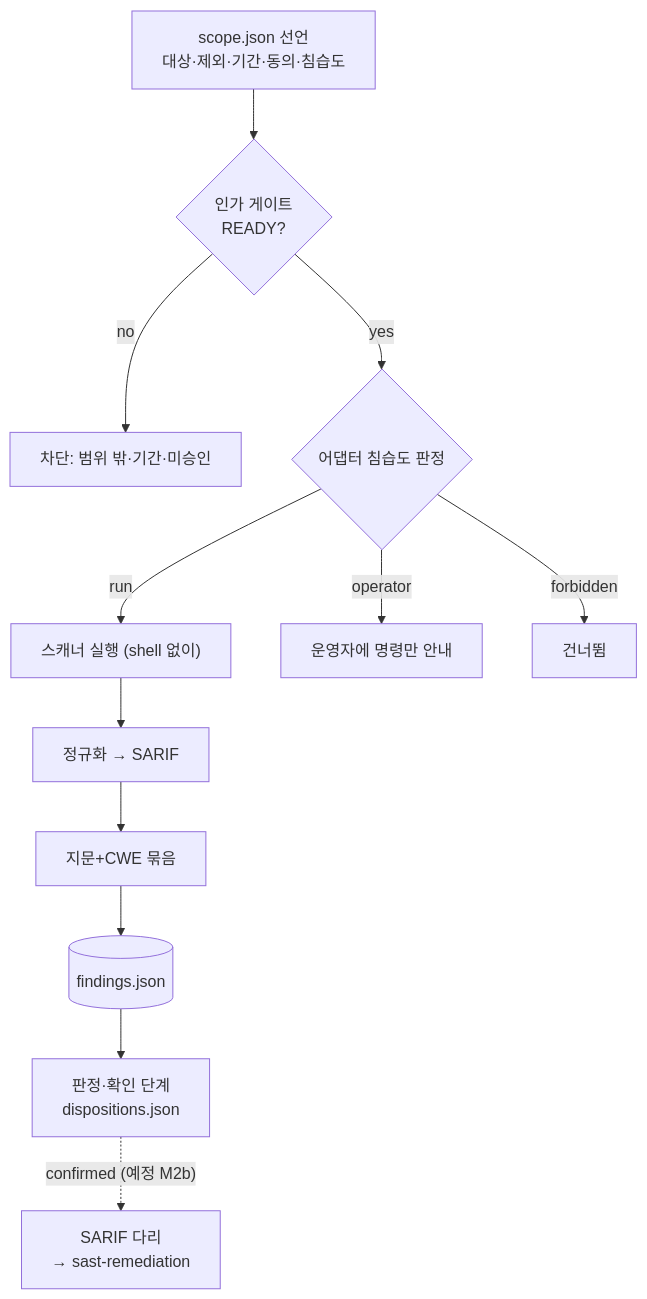
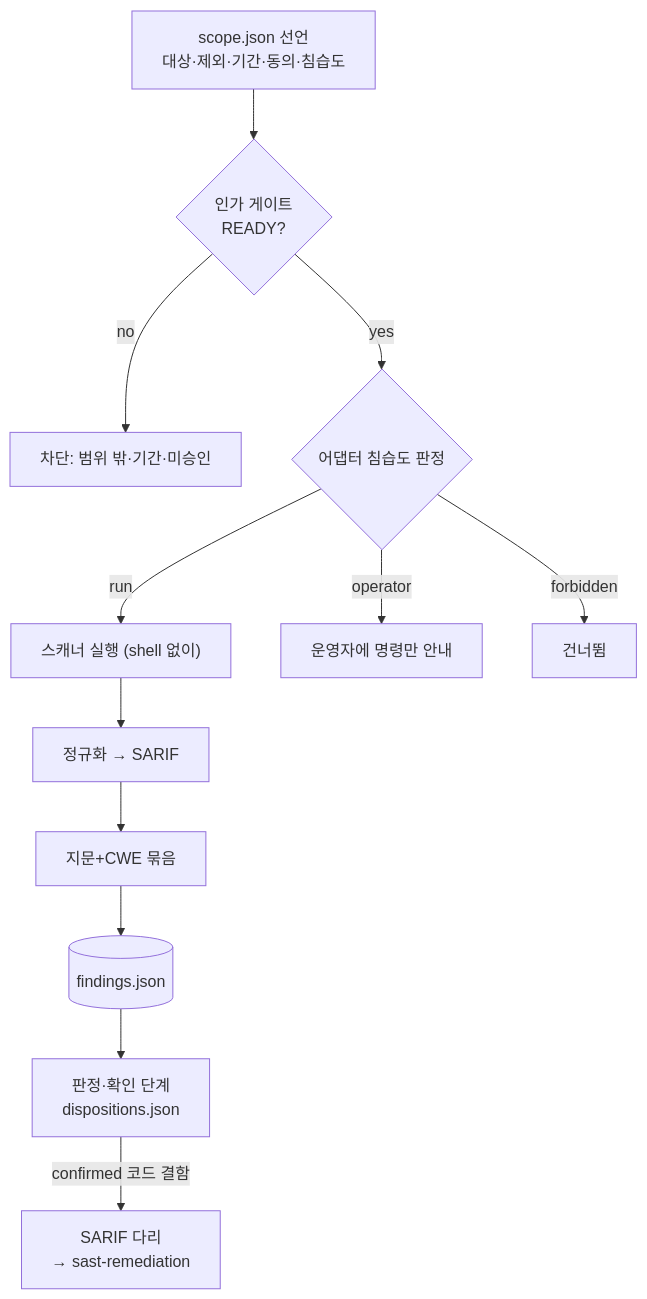
Before and after one commit to seo0tak/agent-skills: the diagram in plugins/security-assessment/skills/security-assessment/toolkit/docs/HOW_IT_WORKS.md, drawn with Mermaid. The commit also changed other lines of this file and 14 other files, not shown here.

````diff
--- a/plugins/security-assessment/skills/security-assessment/toolkit/docs/HOW_IT_WORKS.md
+++ b/plugins/security-assessment/skills/security-assessment/toolkit/docs/HOW_IT_WORKS.md
@@ -8,14 +8,14 @@
 ```mermaid
 flowchart TD
   scope["scope.json 선언<br/>대상·제외·기간·동의·침습도"] --> gate{"인가 게이트<br/>READY?"}
   gate -- "no" --> blocked["차단: 범위 밖·기간·미승인"]
   gate -- "yes" --> decide{"어댑터 침습도 판정"}
   decide -- "run" --> exec["스캐너 실행 (shell 없이)"]
   decide -- "operator" --> instruct["운영자에 명령만 안내"]
   decide -- "forbidden" --> skip["건너뜀"]
   exec --> norm["정규화 → SARIF"]
   norm --> merge["지문+CWE 묶음"]
   merge --> findings[("findings.json")]
   findings --> disp["판정·확인 단계<br/>dispositions.json"]
-  disp -. "confirmed (예정 M2b)" .-> bridge["SARIF 다리<br/>→ sast-remediation"]
+  disp -- "confirmed 코드 결함" --> bridge["SARIF 다리<br/>→ sast-remediation"]
 ```
````
